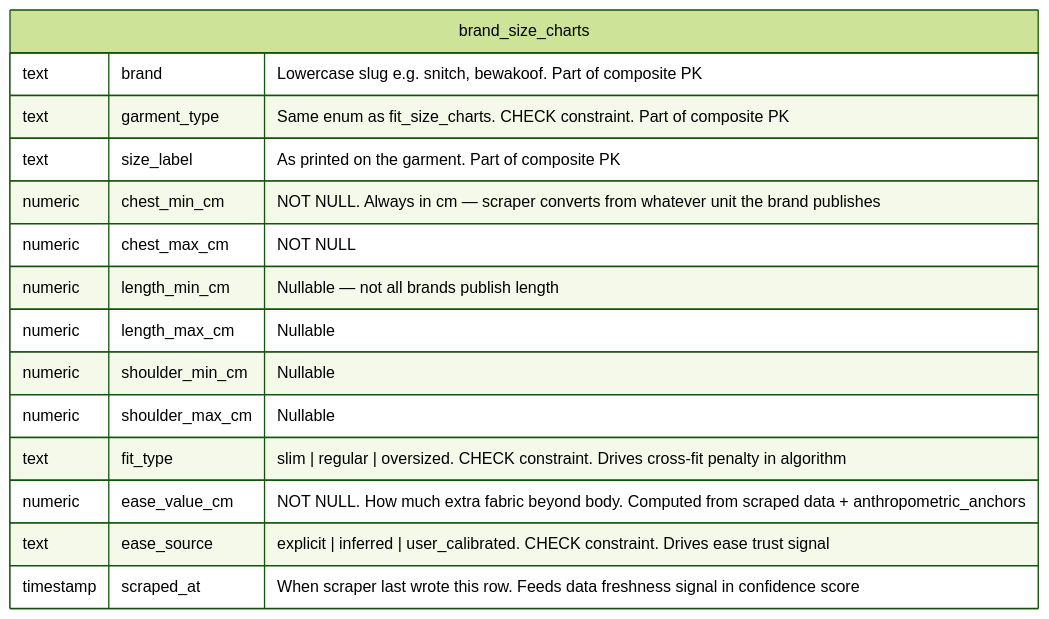
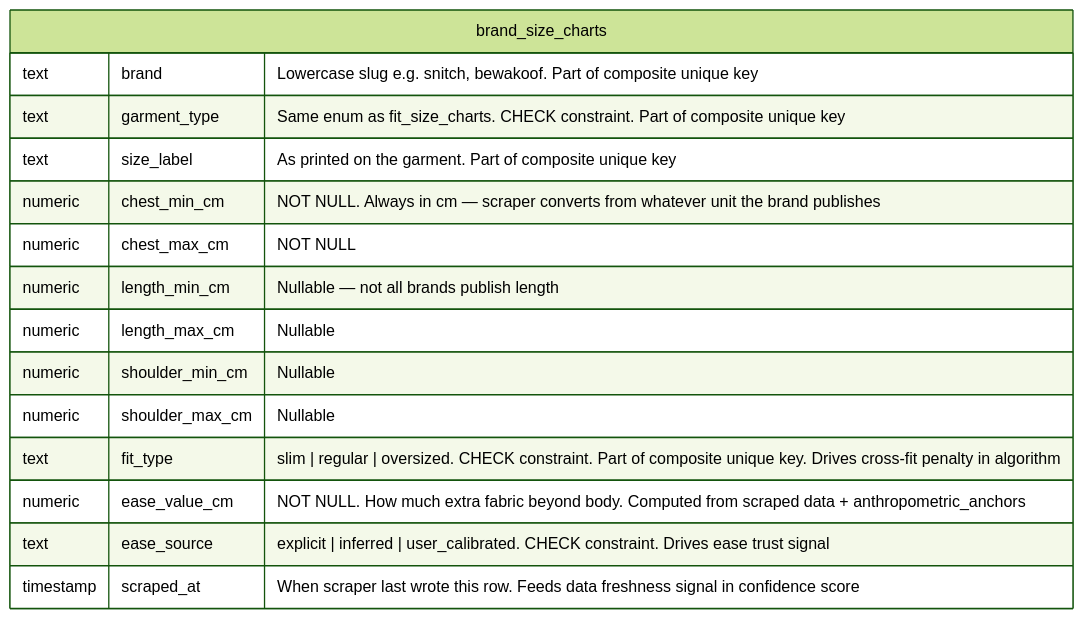
Before and after one commit to Planicle-labs/Snug: the ninth of 11 diagrams in docs/schema-uml.md, drawn with Mermaid (forest theme). The commit also changed other lines of this file and 20 other files, not shown here.

Commit message:
feat(db): whole schema revamp

````diff
--- a/docs/schema-uml.md
+++ b/docs/schema-uml.md
@@ -390,18 +402,18 @@
 ```mermaid
 erDiagram
   brand_size_charts {
-    text brand "Lowercase slug e.g. snitch, bewakoof. Part of composite PK"
-    text garment_type "Same enum as fit_size_charts. CHECK constraint. Part of composite PK"
-    text size_label "As printed on the garment. Part of composite PK"
+    text brand "Lowercase slug e.g. snitch, bewakoof. Part of composite unique key"
+    text garment_type "Same enum as fit_size_charts. CHECK constraint. Part of composite unique key"
+    text size_label "As printed on the garment. Part of composite unique key"
     numeric chest_min_cm "NOT NULL. Always in cm — scraper converts from whatever unit the brand publishes"
     numeric chest_max_cm "NOT NULL"
     numeric length_min_cm "Nullable — not all brands publish length"
     numeric length_max_cm "Nullable"
     numeric shoulder_min_cm "Nullable"
     numeric shoulder_max_cm "Nullable"
-    text fit_type "slim | regular | oversized. CHECK constraint. Drives cross-fit penalty in algorithm"
+    text fit_type "slim | regular | oversized. CHECK constraint. Part of composite unique key. Drives cross-fit penalty in algorithm"
     numeric ease_value_cm "NOT NULL. How much extra fabric beyond body. Computed from scraped data + anthropometric_anchors"
     text ease_source "explicit | inferred | user_calibrated. CHECK constraint. Drives ease trust signal"
     timestamp scraped_at "When scraper last wrote this row. Feeds data freshness signal in confidence score"
   }
 ```
````
